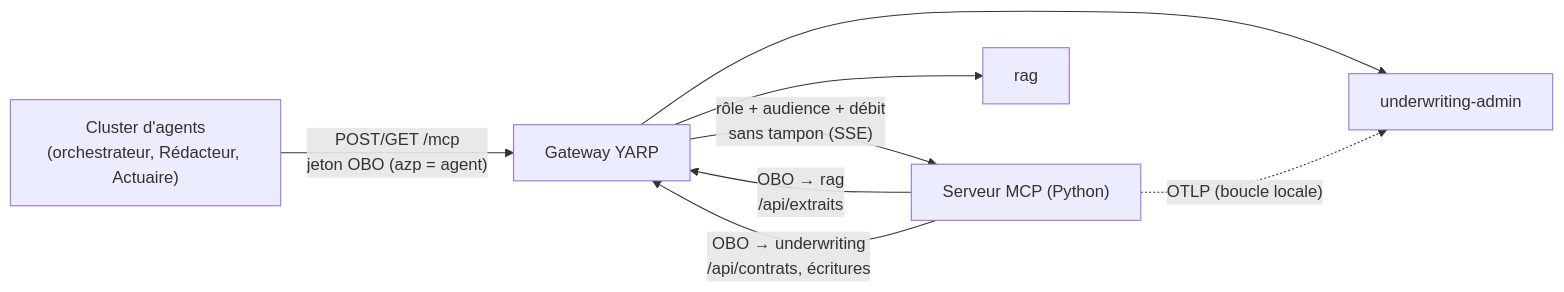
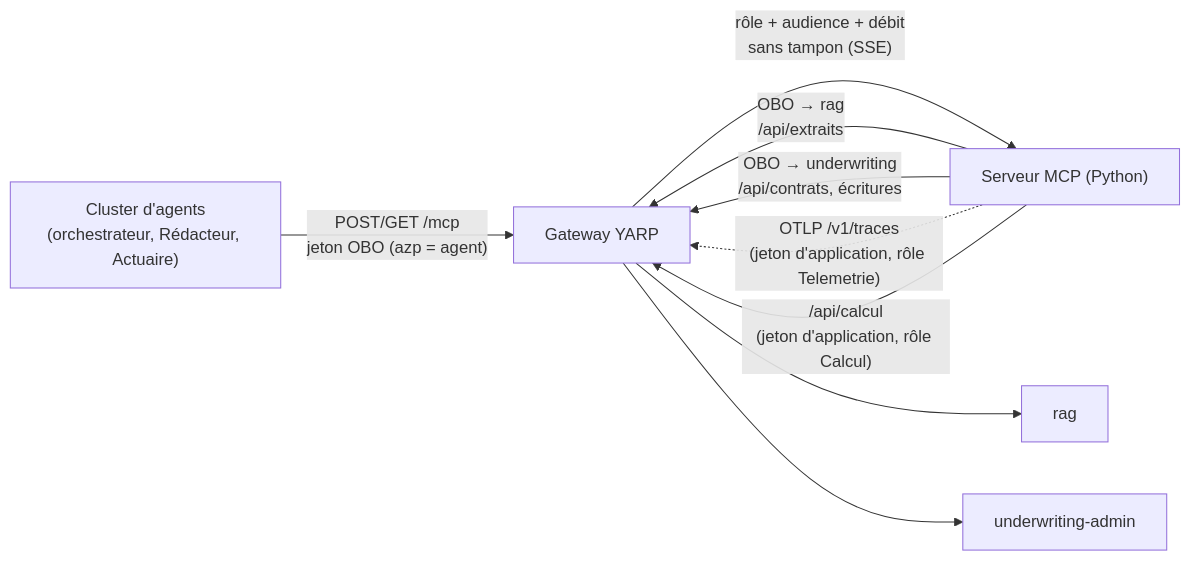
Before and after one commit to acerolaz/agentinsurflow: the diagram in serveur-mcp/README.md, drawn with Mermaid. The commit also changed other lines of this file and 13 other files, not shown here.

````diff
--- a/serveur-mcp/README.md
+++ b/serveur-mcp/README.md
@@ -7,10 +7,11 @@
 ```mermaid
 flowchart LR
     CL["Cluster d'agents<br/>(orchestrateur, Rédacteur, Actuaire)"] -->|"POST/GET /mcp<br/>jeton OBO (azp = agent)"| GW["Gateway YARP"]
     GW -->|"rôle + audience + débit<br/>sans tampon (SSE)"| MCP["Serveur MCP (Python)"]
     MCP -->|"OBO → rag<br/>/api/extraits"| GW
     MCP -->|"OBO → underwriting<br/>/api/contrats, écritures"| GW
     GW --> RAG["rag"]
     GW --> UW["underwriting-admin"]
-    MCP -. "OTLP (boucle locale)" .-> UW
+    MCP -. "OTLP /v1/traces<br/>(jeton d'application, rôle Telemetrie)" .-> GW
+    MCP -->|"/api/calcul<br/>(jeton d'application, rôle Calcul)"| GW
 ```
````
